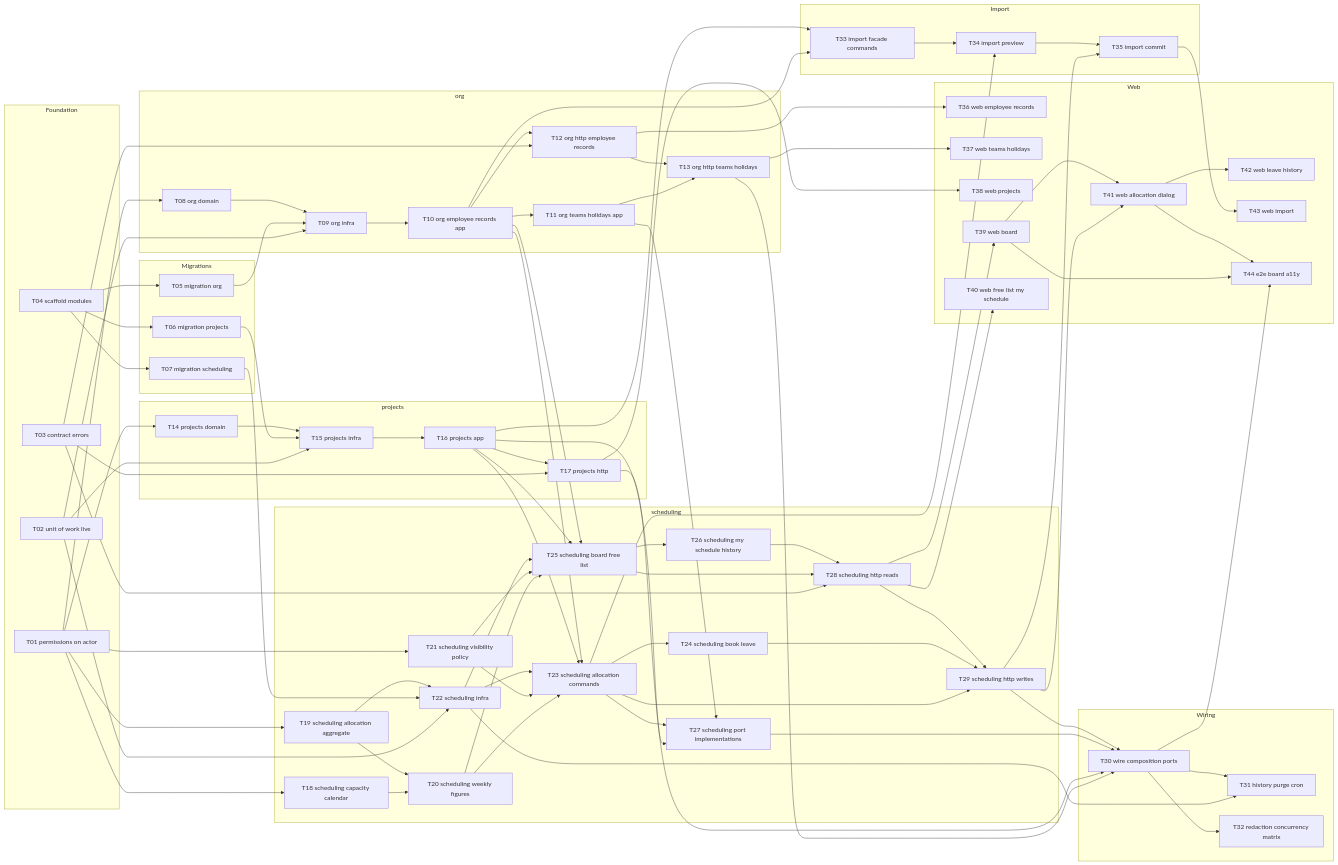
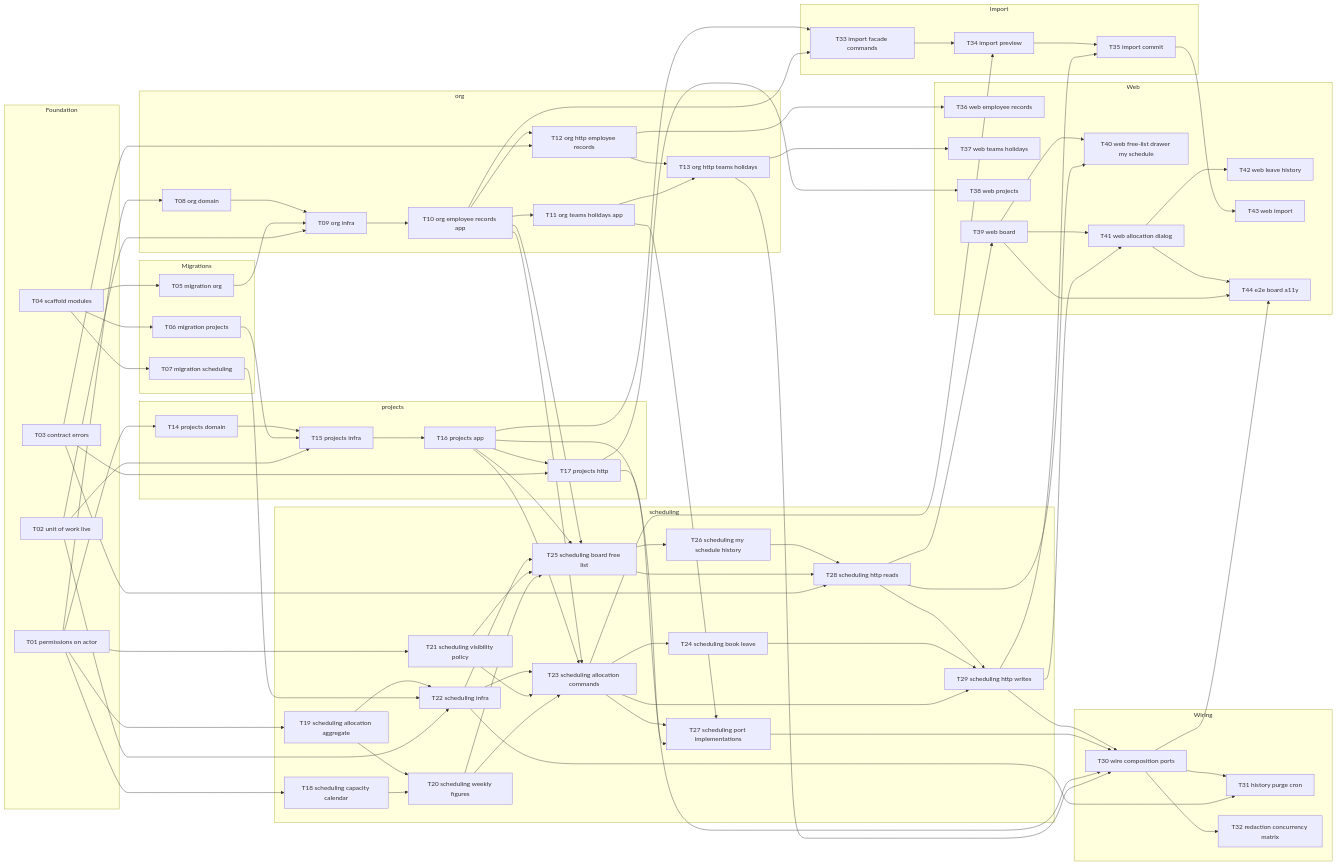
Before and after one commit to Arvest-Digital/arv-intranet: the diagram in docs/features/resource-scheduling/tasks/_epic.md, drawn with Mermaid. The commit also changed other lines of this file and 11 other files, not shown here.

```diff
--- a/docs/features/resource-scheduling/tasks/_epic.md
+++ b/docs/features/resource-scheduling/tasks/_epic.md
@@ -71,7 +71,7 @@
         T37["T37 web teams holidays"]
         T38["T38 web projects"]
         T39["T39 web board"]
-        T40["T40 web free list my schedule"]
+        T40["T40 web free-list drawer my schedule"]
         T41["T41 web allocation dialog"]
         T42["T42 web leave history"]
         T43["T43 web import"]
@@ -144,6 +144,7 @@
     T17 --> T38
     T28 --> T39
     T28 --> T40
+    T39 --> T40
     T29 --> T41
     T39 --> T41
     T41 --> T42
```
